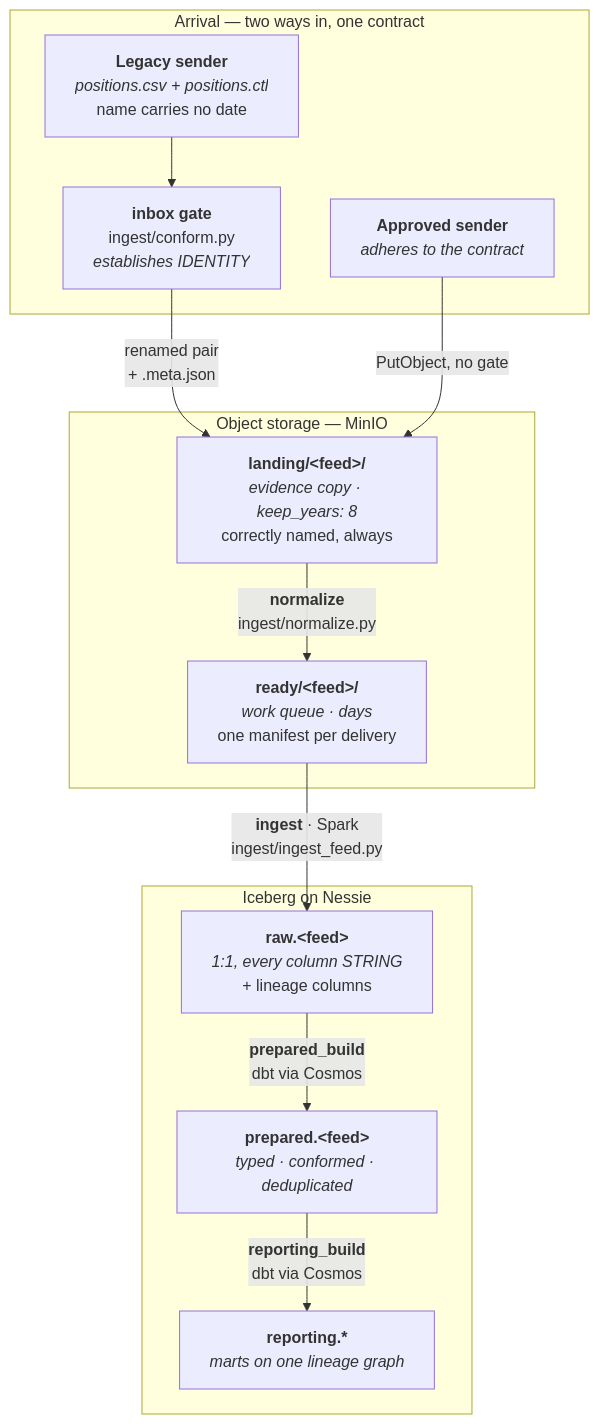
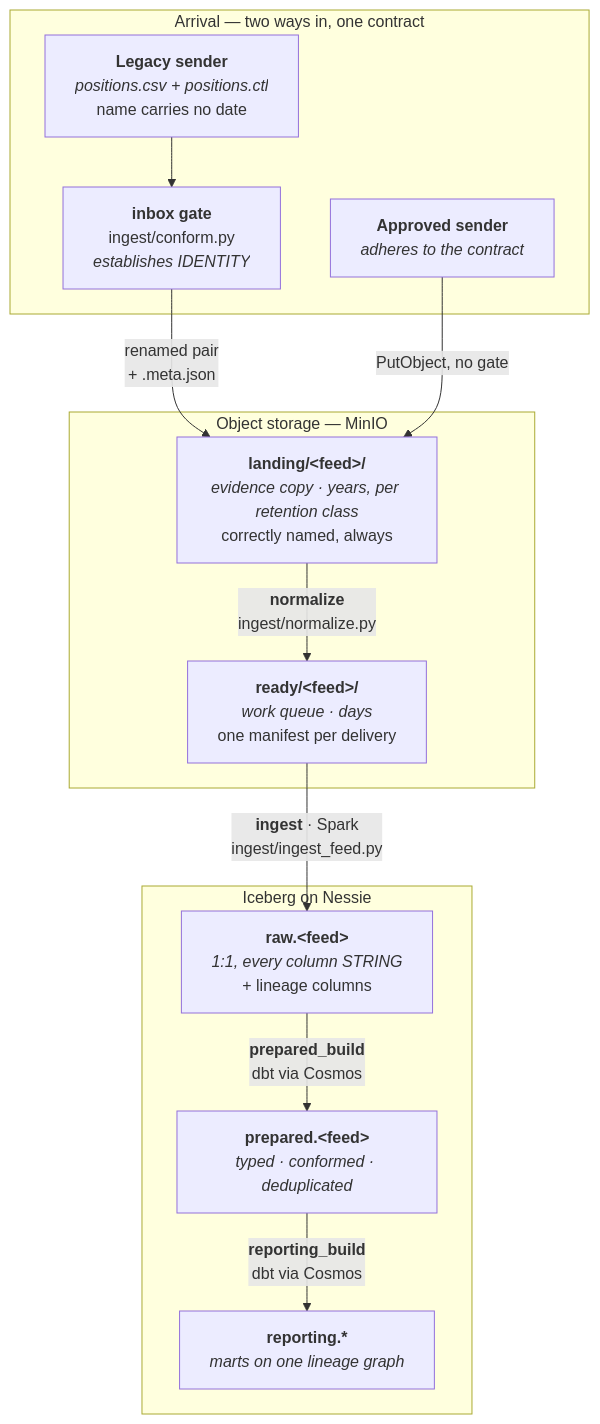
One commit to RichardFellows/reporting-platform-local changed the first of 4 diagrams in docs/PIPELINE.md. Above: the diagram before and after it, drawn with Mermaid. The commit also changed other lines of this file and 5 other files, not shown here.

First line of the commit message:
docs: state landing keep_years once, and fix the conventions comment

````diff
--- a/docs/PIPELINE.md
+++ b/docs/PIPELINE.md
@@ -14,28 +14,28 @@
 ```mermaid
 flowchart TB
     subgraph arrive["Arrival — two ways in, one contract"]
         LEGACY["<b>Legacy sender</b><br/><i>positions.csv + positions.ctl</i><br/>name carries no date"]
         APPROVED["<b>Approved sender</b><br/><i>adheres to the contract</i>"]
         GATE["<b>inbox gate</b><br/>ingest/conform.py<br/><i>establishes IDENTITY</i>"]
     end
 
     subgraph store["Object storage — MinIO"]
-        LAND["<b>landing/&lt;feed&gt;/</b><br/><i>evidence copy · keep_years: 8</i><br/>correctly named, always"]
+        LAND["<b>landing/&lt;feed&gt;/</b><br/><i>evidence copy · years, per retention class</i><br/>correctly named, always"]
         READY["<b>ready/&lt;feed&gt;/</b><br/><i>work queue · days</i><br/>one manifest per delivery"]
     end
 
     subgraph lake["Iceberg on Nessie"]
         RAW["<b>raw.&lt;feed&gt;</b><br/><i>1:1, every column STRING</i><br/>+ lineage columns"]
         PREP["<b>prepared.&lt;feed&gt;</b><br/><i>typed · conformed · deduplicated</i>"]
         REP["<b>reporting.*</b><br/><i>marts on one lineage graph</i>"]
     end
 
     LEGACY --> GATE
     GATE -->|"renamed pair<br/>+ .meta.json"| LAND
     APPROVED -->|"PutObject, no gate"| LAND
 
     LAND -->|"<b>normalize</b><br/>ingest/normalize.py"| READY
     READY -->|"<b>ingest</b> · Spark<br/>ingest/ingest_feed.py"| RAW
     RAW -->|"<b>prepared_build</b><br/>dbt via Cosmos"| PREP
     PREP -->|"<b>reporting_build</b><br/>dbt via Cosmos"| REP
 ```
````
